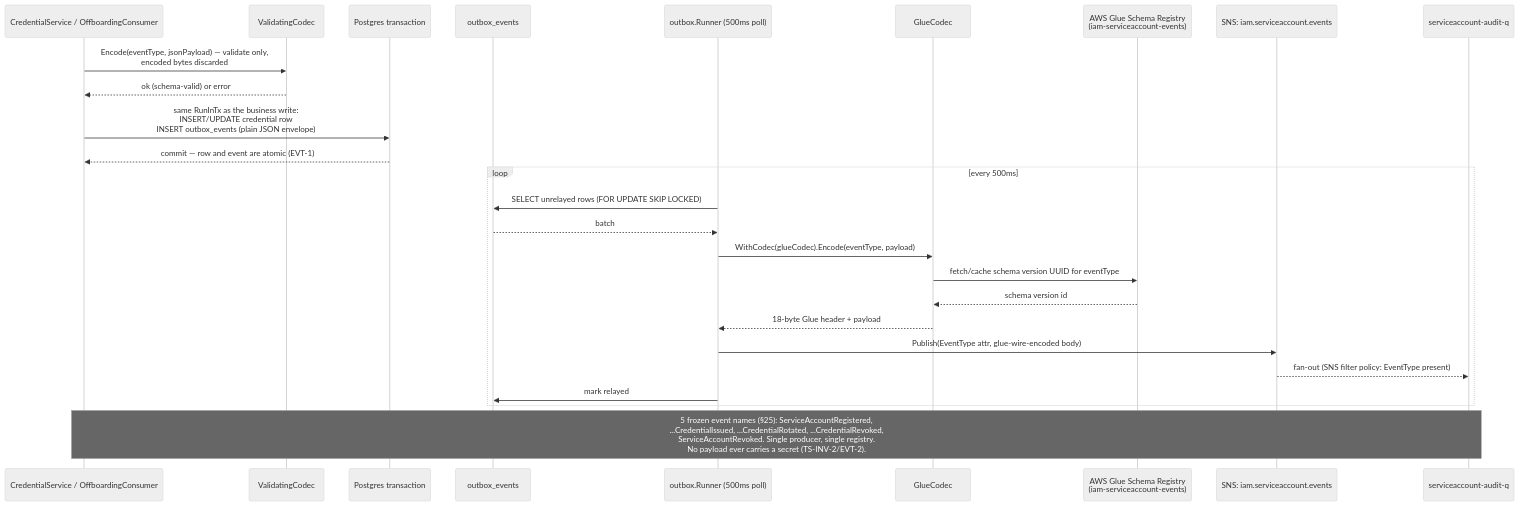
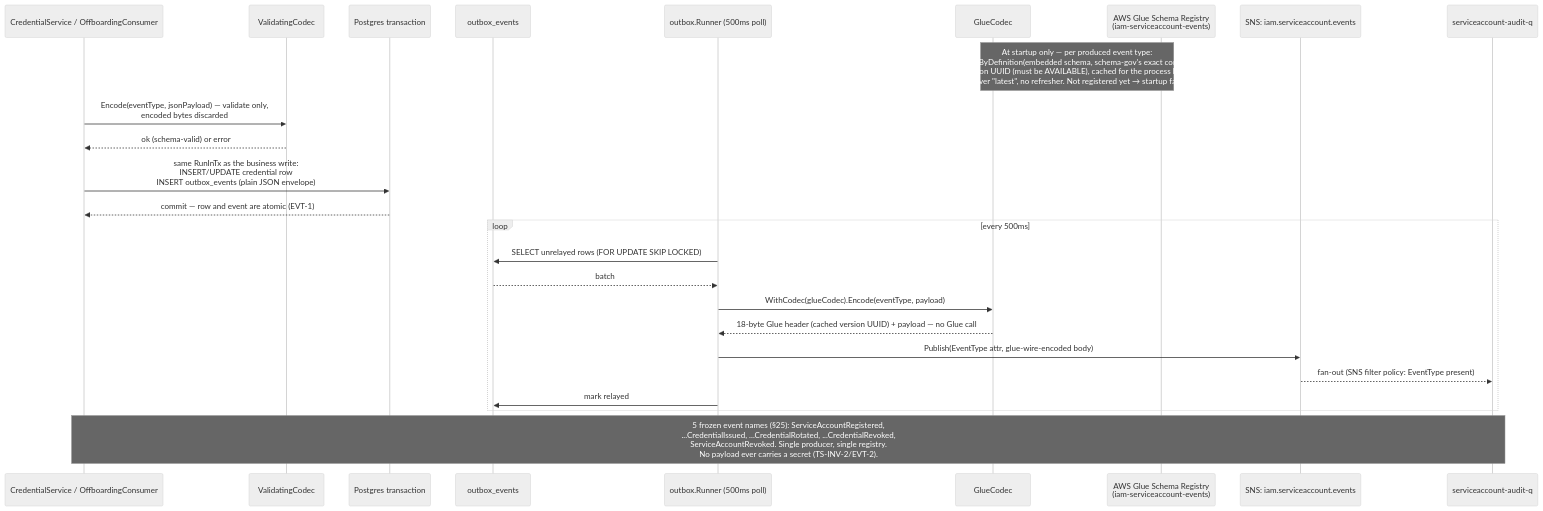
The diagram in docs/architecture/mermaid/event-outbox-flow.mmd (BCBP-SOLUTIONS-FZC-LLC/iam-token-service), drawn with Mermaid (neutral theme) before and after one commit. The commit also changed 30 other files, not shown here.

```diff
--- a/docs/architecture/mermaid/event-outbox-flow.mmd
+++ b/docs/architecture/mermaid/event-outbox-flow.mmd
@@ -1,32 +1,31 @@
 %% Transactional outbox (LLD §7.3.1/§7.4, EVT-1). Enqueue-time validation
 %% is schema-check-only, plain JSON; Glue wire-encoding happens later, at
 %% publish time — so outbox_events.payload stays human-readable.
 sequenceDiagram
     participant SVC as CredentialService / OffboardingConsumer
     participant CODEC as ValidatingCodec
     participant TX as Postgres transaction
     participant OUT as outbox_events
     participant RUNNER as outbox.Runner (500ms poll)
     participant GLUE as GlueCodec
     participant REG as AWS Glue Schema Registry<br/>(iam-serviceaccount-events)
     participant SNS as SNS: iam.serviceaccount.events
     participant SQS as serviceaccount-audit-q
 
+    Note over GLUE,REG: At startup only — per produced event type:<br/>GetSchemaByDefinition(embedded schema, schema-gov's exact compact form)<br/>→ version UUID (must be AVAILABLE), cached for the process lifetime.<br/>Never "latest", no refresher. Not registered yet → startup fails.
     SVC->>CODEC: Encode(eventType, jsonPayload) — validate only,<br/>encoded bytes discarded
     CODEC-->>SVC: ok (schema-valid) or error
     SVC->>TX: same RunInTx as the business write:<br/>INSERT/UPDATE credential row<br/>INSERT outbox_events (plain JSON envelope)
     TX-->>SVC: commit — row and event are atomic (EVT-1)
 
     loop every 500ms
         RUNNER->>OUT: SELECT unrelayed rows (FOR UPDATE SKIP LOCKED)
         OUT-->>RUNNER: batch
         RUNNER->>GLUE: WithCodec(glueCodec).Encode(eventType, payload)
-        GLUE->>REG: fetch/cache schema version UUID for eventType
-        REG-->>GLUE: schema version id
-        GLUE-->>RUNNER: 18-byte Glue header + payload
+        GLUE-->>RUNNER: 18-byte Glue header (cached version UUID) + payload — no Glue call
         RUNNER->>SNS: Publish(EventType attr, glue-wire-encoded body)
         SNS-->>SQS: fan-out (SNS filter policy: EventType present)
         RUNNER->>OUT: mark relayed
     end
 
     Note over SVC,SQS: 5 frozen event names (§25): ServiceAccountRegistered,<br/>...CredentialIssued, ...CredentialRotated, ...CredentialRevoked,<br/>ServiceAccountRevoked. Single producer, single registry.<br/>No payload ever carries a secret (TS-INV-2/EVT-2).
```
